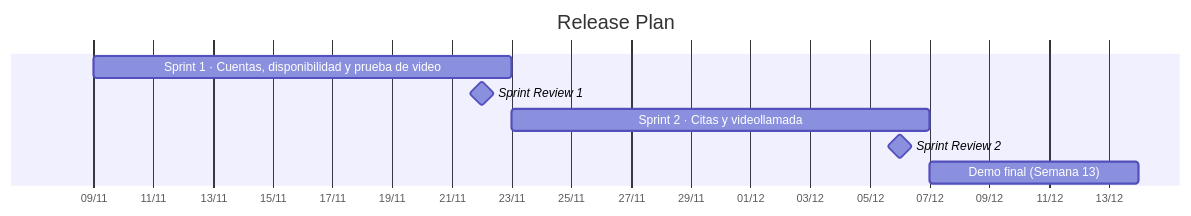
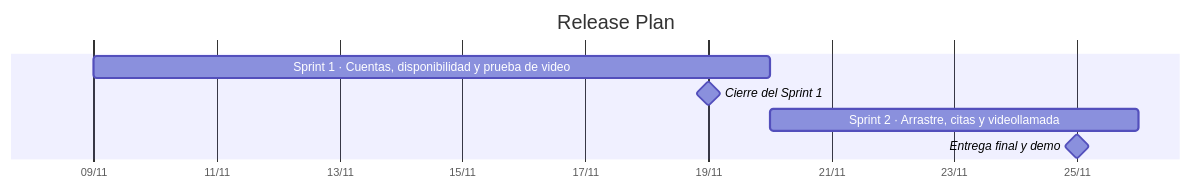
The diagram in docs/expediente/07-estimacion-y-cronograma.md (emilyzuniga049/Proyecto_Administracion_de_Proyectos_Informaticos), drawn with Mermaid before and after one commit. The commit also changed other lines of this file and 12 other files, not shown here.

Commit message:
Expediente: fechas reales de los Sprints y entrega del 25/11 (secciones y Backlog)

````diff
--- a/docs/expediente/07-estimacion-y-cronograma.md
+++ b/docs/expediente/07-estimacion-y-cronograma.md
@@ -134,11 +134,10 @@
 ```mermaid
 gantt
     title Release Plan
     dateFormat YYYY-MM-DD
     axisFormat %d/%m
-    Sprint 1 · Cuentas, disponibilidad y prueba de video :s1, 2026-11-09, 14d
-    Sprint Review 1      :milestone, 2026-11-22, 0d
-    Sprint 2 · Citas y videollamada :s2, 2026-11-23, 14d
-    Sprint Review 2      :milestone, 2026-12-06, 0d
-    Demo final (Semana 13) :2026-12-07, 7d
+    Sprint 1 · Cuentas, disponibilidad y prueba de video :s1, 2026-11-09, 11d
+    Cierre del Sprint 1  :milestone, 2026-11-19, 0d
+    Sprint 2 · Arrastre, citas y videollamada :s2, 2026-11-20, 6d
+    Entrega final y demo :milestone, 2026-11-25, 0d
 ```
````
